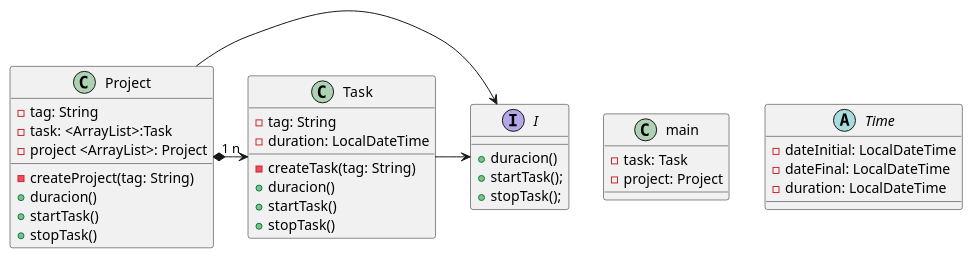
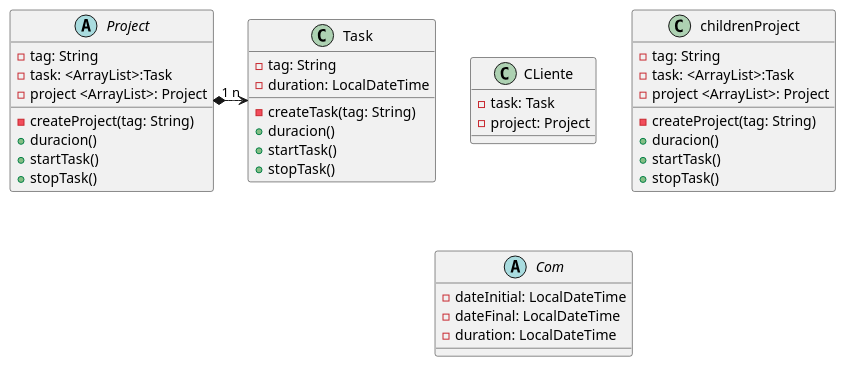
Before and after one commit to alekzihz/DS_TimeTracking: the diagram in src/umlTimeTracking.puml, drawn with PlantUML.

Commit message:
edicion en sesion_1

```diff
--- a/src/umlTimeTracking.puml
+++ b/src/umlTimeTracking.puml
@@ -1,49 +1,53 @@
 @startuml
 'https://plantuml.com/class-diagram
-class main{
+class CLiente{
     -task: Task
     -project: Project
 }
 
-interface I{
+abstract Project{
 
-   +duracion()
-   +startTask();
-   +stopTask();
+    - tag: String
+    - task: <ArrayList>:Task
+    -project <ArrayList>: Project
+    -createProject(tag: String)
+    +duracion()
+    +startTask()
+    +stopTask()
+
+
 }
-
-class Project{
+class childrenProject{
 
     - tag: String
     - task: <ArrayList>:Task
     -project <ArrayList>: Project
     -createProject(tag: String)
     +duracion()
     +startTask()
     +stopTask()
 
 
 }
 
-abstract Time {
+abstract Com {
    - dateInitial: LocalDateTime
    - dateFinal: LocalDateTime
    - duration: LocalDateTime
 
 }
 class Task {
    - tag: String
    - duration: LocalDateTime
     -createTask(tag: String)
     +duracion()
     +startTask()
     +stopTask()
 
 }
 
-Task->I
-Project->I
+
 Project"1" *-> "n"Task
 
 
 @enduml
```
